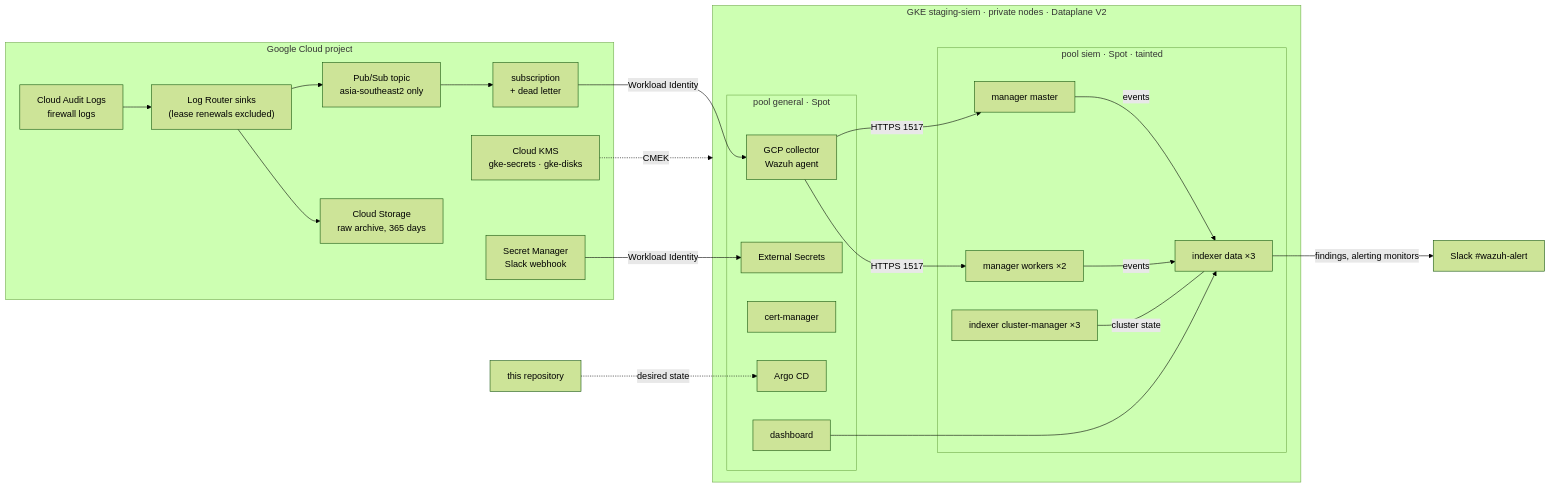
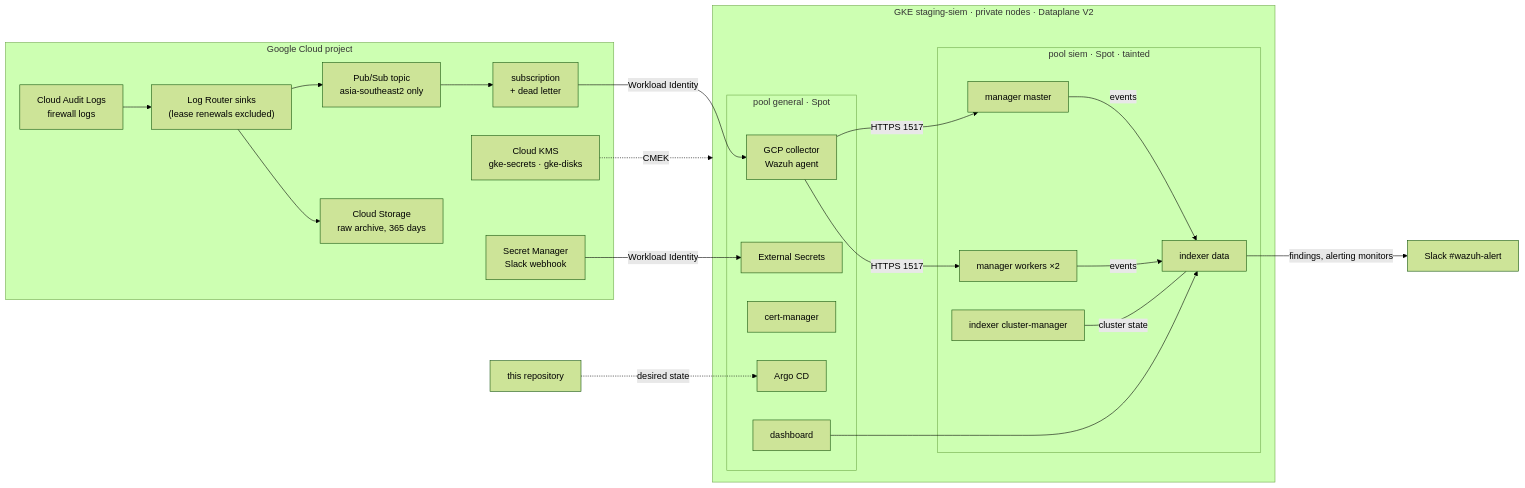
The diagram in README.md (alice101-dev/wazuh-siem-gitops), drawn with Mermaid (forest theme) before and after one commit. The commit also changed other lines of this file and 3 other files, not shown here.

Commit message:
Indexer runs one cluster-manager node and one data node without shard replicas, and the siem node pool scales between one and three nodes

````diff
--- a/README.md
+++ b/README.md
@@ -21,42 +21,42 @@
 ```mermaid
 flowchart LR
   subgraph gcp["Google Cloud project"]
     audit["Cloud Audit Logs<br/>firewall logs"]
     sink["Log Router sinks<br/>(lease renewals excluded)"]
     topic["Pub/Sub topic<br/>asia-southeast2 only"]
     sub["subscription<br/>+ dead letter"]
     archive["Cloud Storage<br/>raw archive, 365 days"]
     kms["Cloud KMS<br/>gke-secrets · gke-disks"]
     sm["Secret Manager<br/>Slack webhook"]
     audit --> sink --> topic --> sub
     sink --> archive
   end
 
   subgraph gke["GKE staging-siem · private nodes · Dataplane V2"]
     subgraph general["pool general · Spot"]
       argo["Argo CD"]
       eso["External Secrets"]
       cm["cert-manager"]
       collector["GCP collector<br/>Wazuh agent"]
       dash["dashboard"]
     end
     subgraph siem["pool siem · Spot · tainted"]
       master["manager master"]
       workers["manager workers ×2"]
-      icm["indexer cluster-manager ×3"]
-      idata["indexer data ×3"]
+      icm["indexer cluster-manager"]
+      idata["indexer data"]
     end
   end
 
   slack["Slack #wazuh-alert"]
 
   sub -->|Workload Identity| collector
   collector -->|HTTPS 1517| master & workers
   master & workers -->|events| idata
   icm ---|cluster state| idata
   idata -->|"findings, alerting monitors"| slack
   dash --> idata
   sm -->|Workload Identity| eso
   kms -.->|CMEK| gke
   repo["this repository"] -.->|desired state| argo
 ```
````
